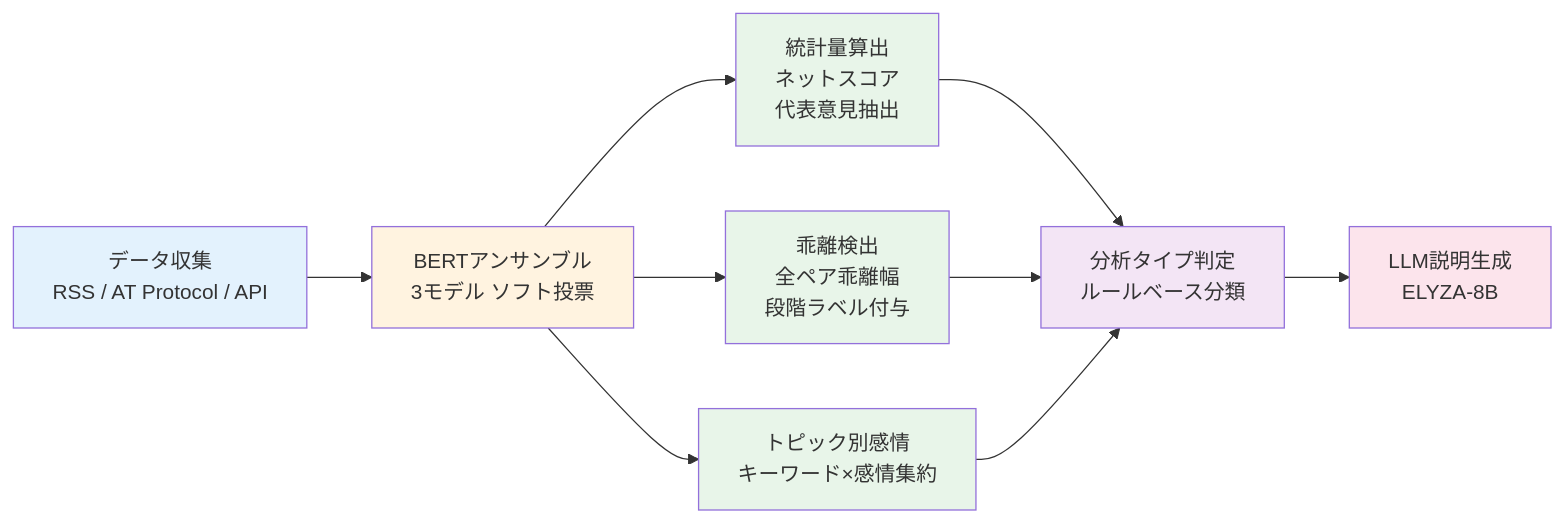
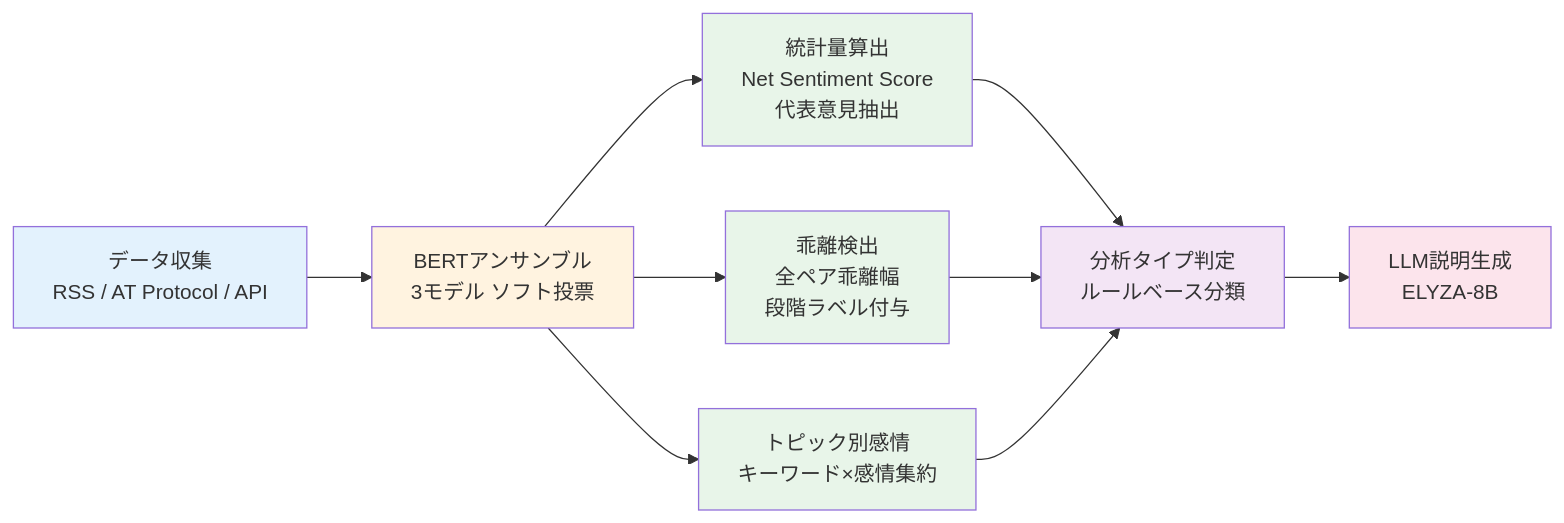
One commit to yutnagase/trend-insight-ai changed the first of 2 diagrams in README.md. Above: the diagram before and after it, drawn with Mermaid. The commit also changed other lines of this file and 7 other files, not shown here.

Commit message:
「ネットスコア」表記をNet Sentiment Scoreに全体統一 (#4)

````diff
--- a/README.md
+++ b/README.md
@@ -91,19 +91,19 @@
 ```mermaid
 flowchart LR
     A[データ収集<br/>RSS / AT Protocol / API] --> B[BERTアンサンブル<br/>3モデル ソフト投票]
-    B --> C[統計量算出<br/>ネットスコア<br/>代表意見抽出]
+    B --> C[統計量算出<br/>Net Sentiment Score<br/>代表意見抽出]
     B --> D[乖離検出<br/>全ペア乖離幅<br/>段階ラベル付与]
     B --> F[トピック別感情<br/>キーワード×感情集約]
     C --> G[分析タイプ判定<br/>ルールベース分類]
     D --> G
     F --> G
     G --> E[LLM説明生成<br/>ELYZA-8B]
 
     style A fill:#e3f2fd
     style B fill:#fff3e0
     style C fill:#e8f5e9
     style D fill:#e8f5e9
     style F fill:#e8f5e9
     style G fill:#f3e5f5
     style E fill:#fce4ec
 ```
````
